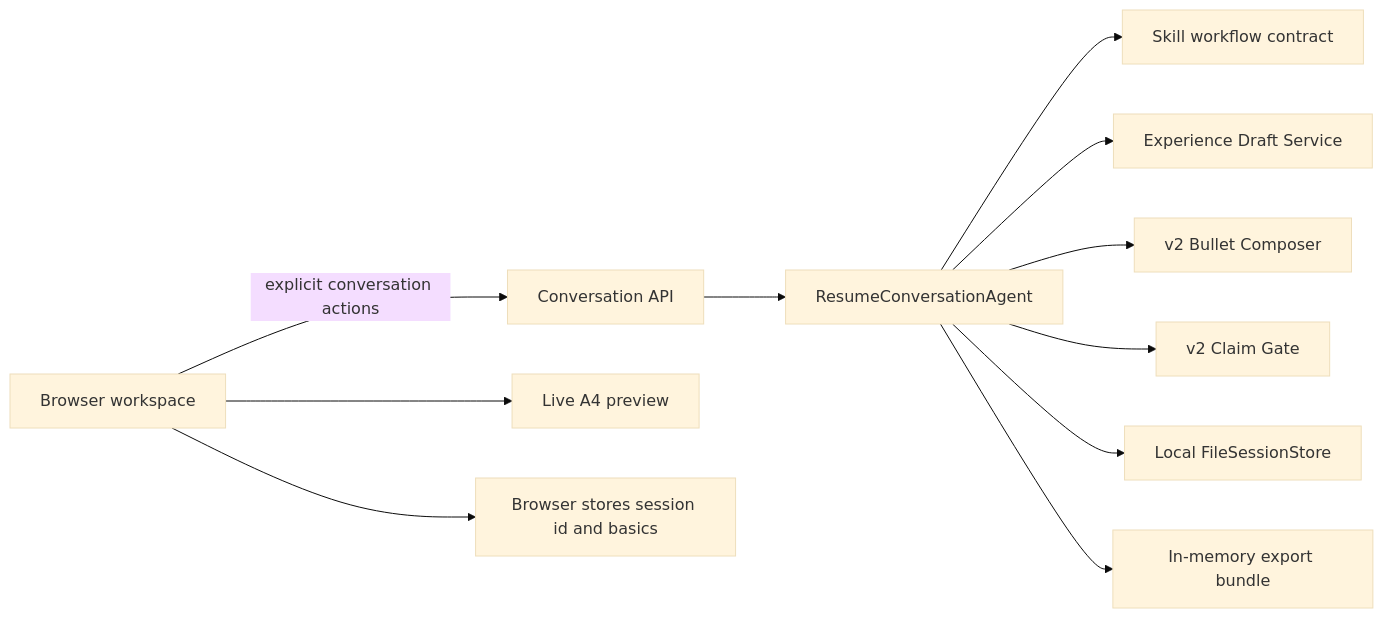
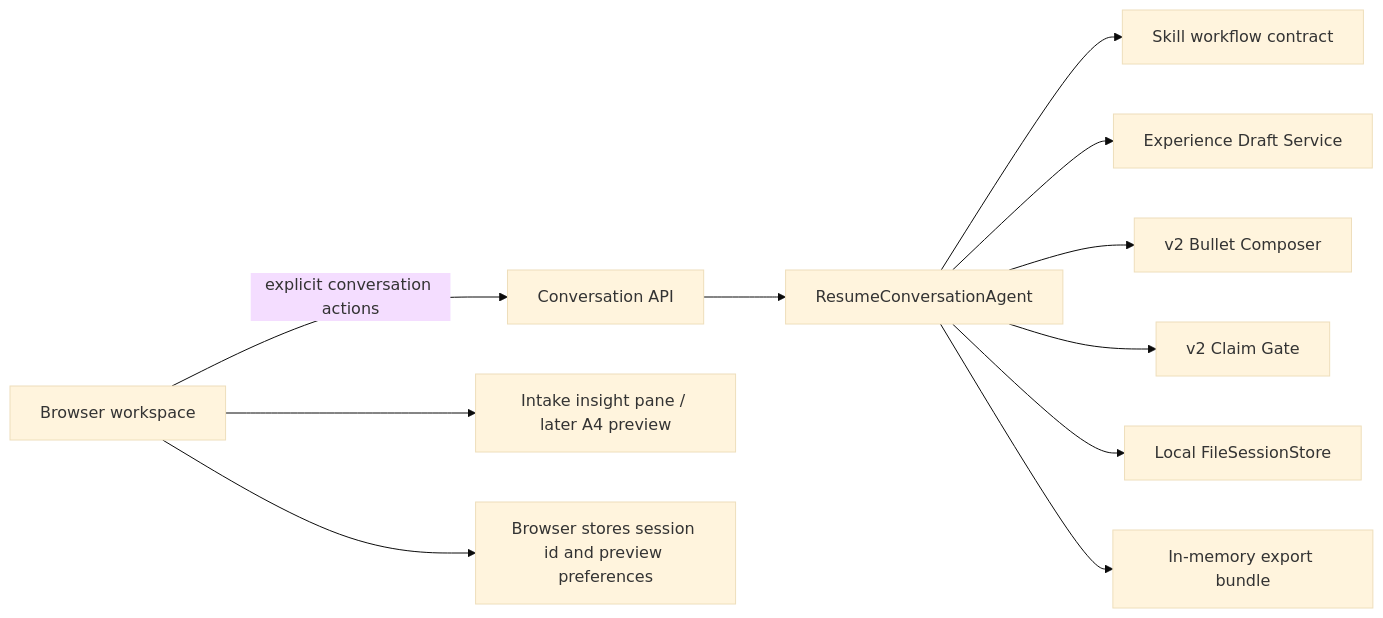
Before and after one commit to melody-yu112358/medical-resume-agent: the diagram in docs/RESUME_AGENT_PRODUCT.md, drawn with Mermaid (base theme). The commit also changed other lines of this file and 2 other files, not shown here.

Commit message:
docs(resume): align product contract with current flow

````diff
--- a/docs/RESUME_AGENT_PRODUCT.md
+++ b/docs/RESUME_AGENT_PRODUCT.md
@@ -17,13 +19,13 @@
 ```mermaid
 flowchart LR
     U["Browser workspace"] -->|"explicit conversation actions"| A["Conversation API"]
     A --> W["ResumeConversationAgent"]
     W --> S["Skill workflow contract"]
     W --> E["Experience Draft Service"]
     W --> B["v2 Bullet Composer"]
     W --> C["v2 Claim Gate"]
-    U --> P["Live A4 preview"]
-    U --> L["Browser stores session id and basics"]
+    U --> P["Intake insight pane / later A4 preview"]
+    U --> L["Browser stores session id and preview preferences"]
     W --> F["Local FileSessionStore"]
     W --> X["In-memory export bundle"]
 ```
````
